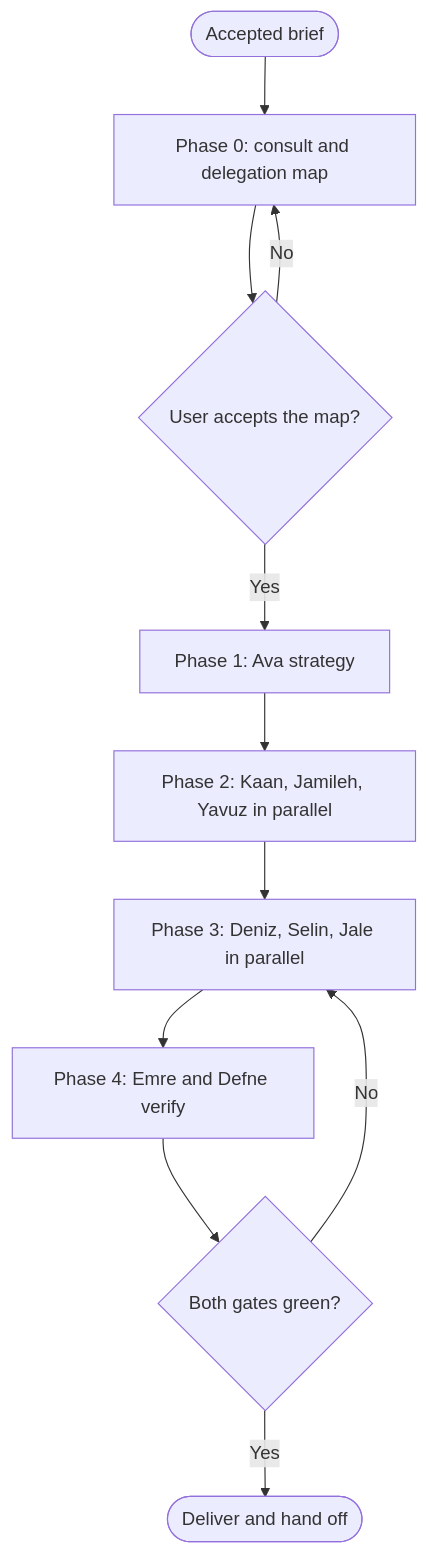
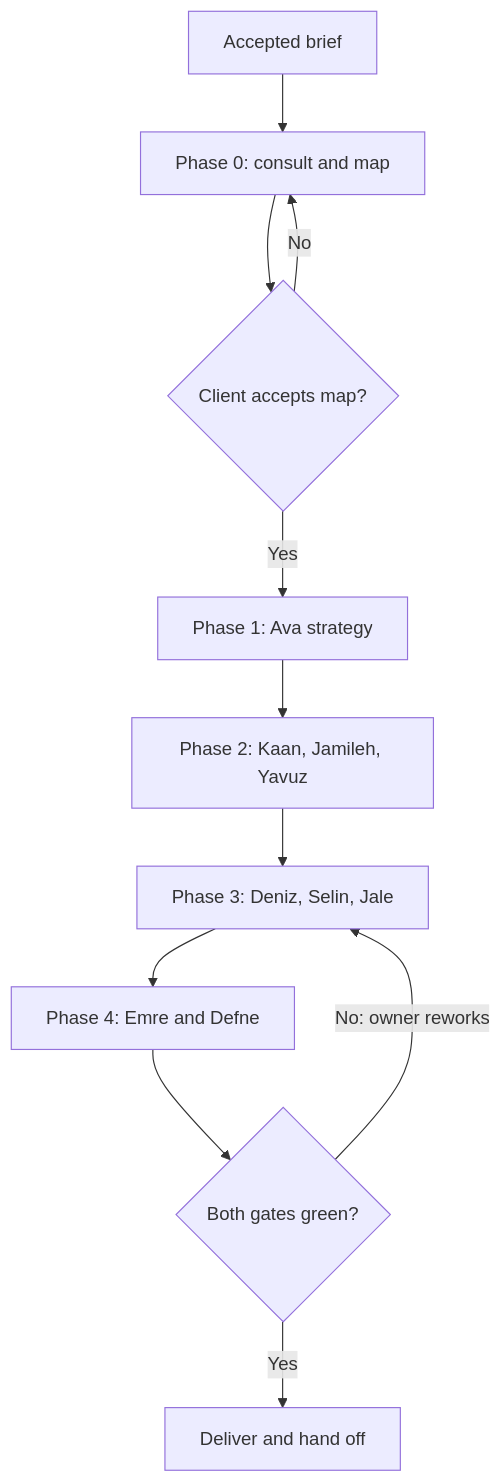
One commit to NeoAnthropocene/agents-united changed the diagram in registry/skills/workflow-agency-full-campaign/SKILL.md. Above: the diagram before and after it, drawn with Mermaid. The commit also changed other lines of this file and 192 other files, not shown here.

````diff
--- a/registry/skills/workflow-agency-full-campaign/SKILL.md
+++ b/registry/skills/workflow-agency-full-campaign/SKILL.md
@@ -25,13 +25,13 @@
 ```mermaid
 graph TD
-    Brief([Accepted brief]) --> P0[Phase 0: consult and delegation map]
-    P0 --> G0{User accepts the map?}
+    B[Accepted brief] --> P0[Phase 0: consult and map]
+    P0 --> G0{Client accepts map?}
     G0 -->|No| P0
     G0 -->|Yes| P1[Phase 1: Ava strategy]
-    P1 --> P2[Phase 2: Kaan, Jamileh, Yavuz in parallel]
-    P2 --> P3[Phase 3: Deniz, Selin, Jale in parallel]
-    P3 --> P4[Phase 4: Emre and Defne verify]
+    P1 --> P2[Phase 2: Kaan, Jamileh, Yavuz]
+    P2 --> P3[Phase 3: Deniz, Selin, Jale]
+    P3 --> P4[Phase 4: Emre and Defne]
     P4 --> G1{Both gates green?}
-    G1 -->|No| P3
-    G1 -->|Yes| Done([Deliver and hand off])
+    G1 -->|No: owner reworks| P3
+    G1 -->|Yes| D[Deliver and hand off]
 ```
````
